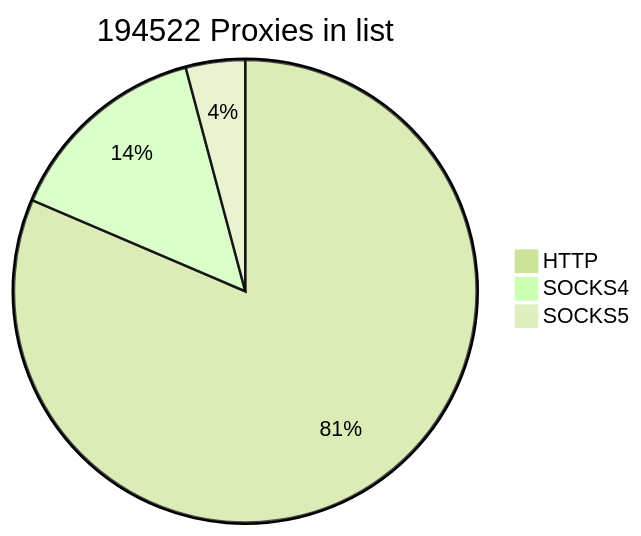
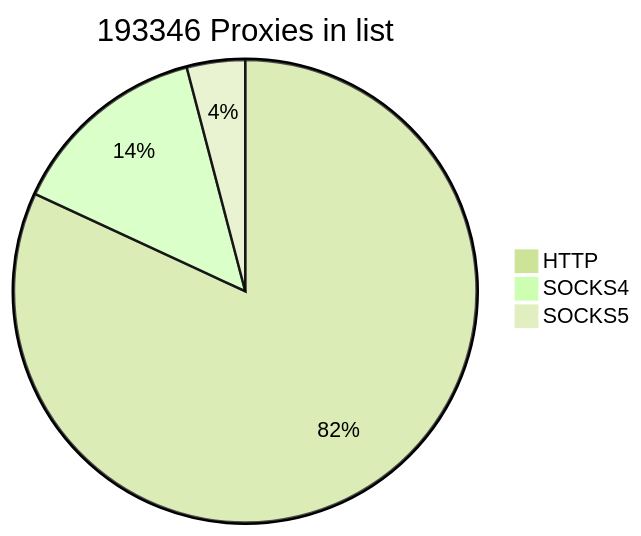
Before and after one commit to cutipu/proxylist: the first of 2 diagrams in README.md, drawn with Mermaid (forest theme). The commit also changed other lines of this file, not shown here.

````diff
--- a/README.md
+++ b/README.md
@@ -2,7 +2,7 @@
 ```mermaid
-pie title 194522 Proxies in list
-    "HTTP" : 158389
-    "SOCKS4" : 28073
-    "SOCKS5" : 8060
+pie title 193346 Proxies in list
+    "HTTP" : 158362
+    "SOCKS4" : 27111
+    "SOCKS5" : 7873
             
 ```
````
